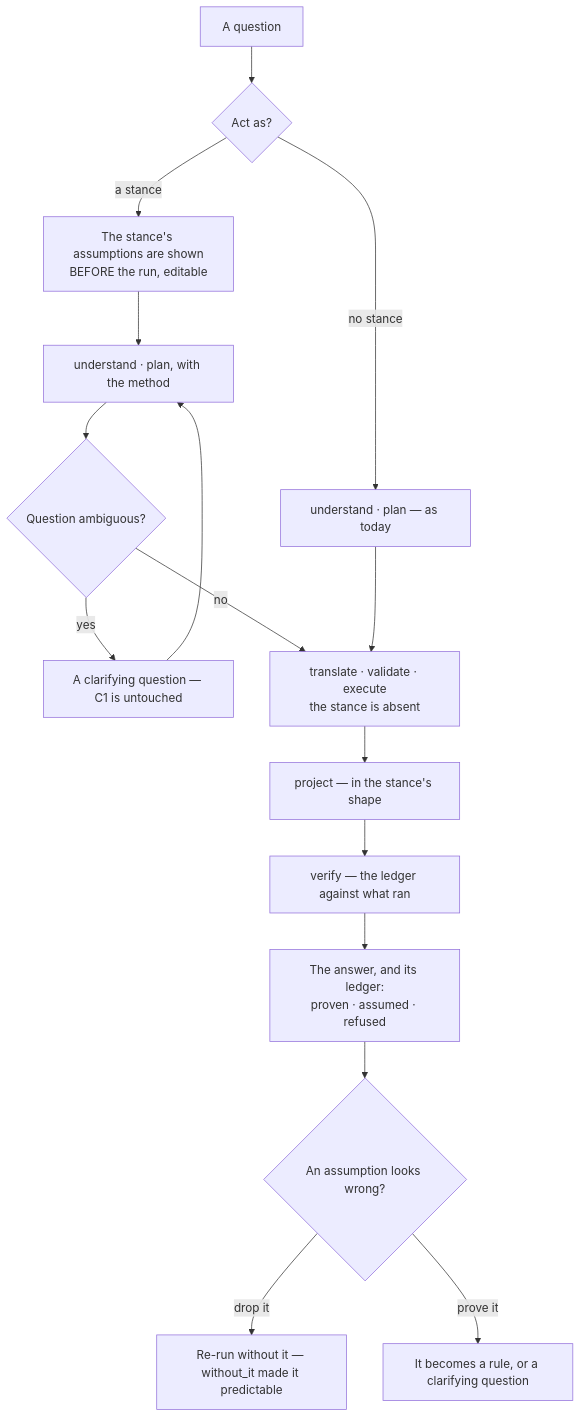
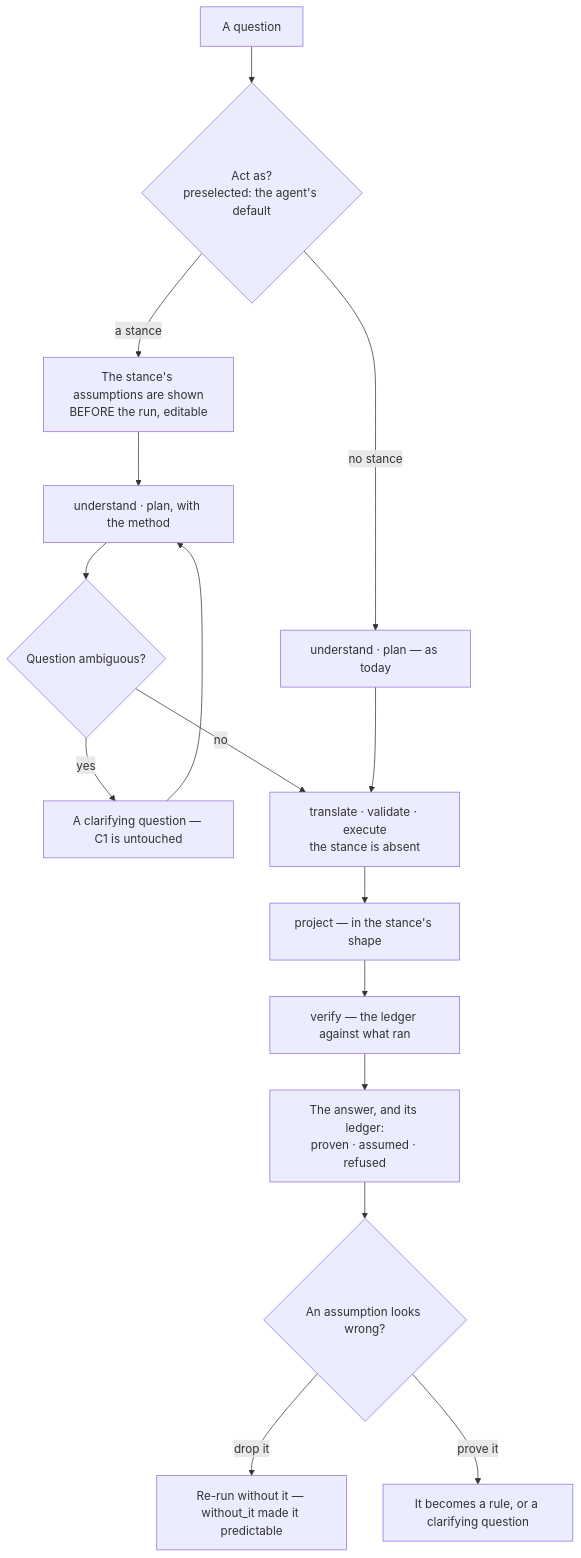
One commit to invana/invana changed the diagram in docs/for-developers/modules/ask/features/act-as.md. Above: the diagram before and after it, drawn with Mermaid. The commit also changed other lines of this file and 7 other files, not shown here.

First line of the commit message:
docs: agent shape — callables, voice dials, effort, default stance, the composition map

````diff
--- a/docs/for-developers/modules/ask/features/act-as.md
+++ b/docs/for-developers/modules/ask/features/act-as.md
@@ -108,18 +108,18 @@
 ```mermaid
 flowchart TD
-    Q[A question] --> S{Act as?}
+    Q[A question] --> S{Act as?<br/>preselected: the agent's default}
     S -->|no stance| U0[understand · plan — as today]
     S -->|a stance| L["The stance's assumptions are shown<br/>BEFORE the run, editable"]
     L --> U[understand · plan, with the method]
     U --> AMB{Question ambiguous?}
     AMB -->|yes| CQ["A clarifying question — C1 is untouched"]
     CQ --> U
     AMB -->|no| T[translate · validate · execute<br/>the stance is absent]
     U0 --> T
     T --> P[project — in the stance's shape]
     P --> V[verify — the ledger against what ran]
     V --> A["The answer, and its ledger:<br/>proven · assumed · refused"]
     A --> D{An assumption looks wrong?}
     D -->|drop it| RE["Re-run without it — without_it made it predictable"]
     D -->|prove it| PR["It becomes a rule, or a clarifying question"]
 ```
````
